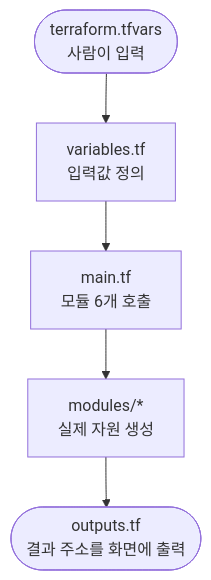
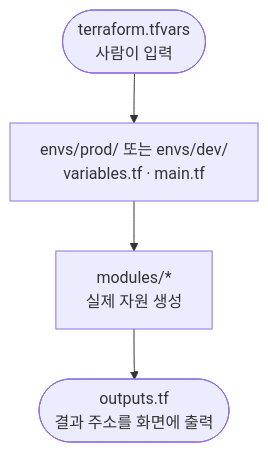
One commit to BankRupang/sanji-infra changed the diagram in docs/INTRODUCTION.md. Above: the diagram before and after it, drawn with Mermaid. The commit also changed other lines of this file and 2 other files, not shown here.

````diff
--- a/docs/INTRODUCTION.md
+++ b/docs/INTRODUCTION.md
@@ -36,7 +36,6 @@
 ```mermaid
 graph TD
-    A([terraform.tfvars <br> 사람이 입력]) --> B[variables.tf <br> 입력값 정의]
-    B --> C[main.tf <br> 모듈 6개 호출]
-    C --> D[modules/* <br> 실제 자원 생성]
-    D --> E([outputs.tf <br> 결과 주소를 화면에 출력])
+    A([terraform.tfvars <br> 사람이 입력]) --> B[envs/prod/ 또는 envs/dev/ <br> variables.tf · main.tf]
+    B --> C[modules/* <br> 실제 자원 생성]
+    C --> D([outputs.tf <br> 결과 주소를 화면에 출력])
 ```
````
